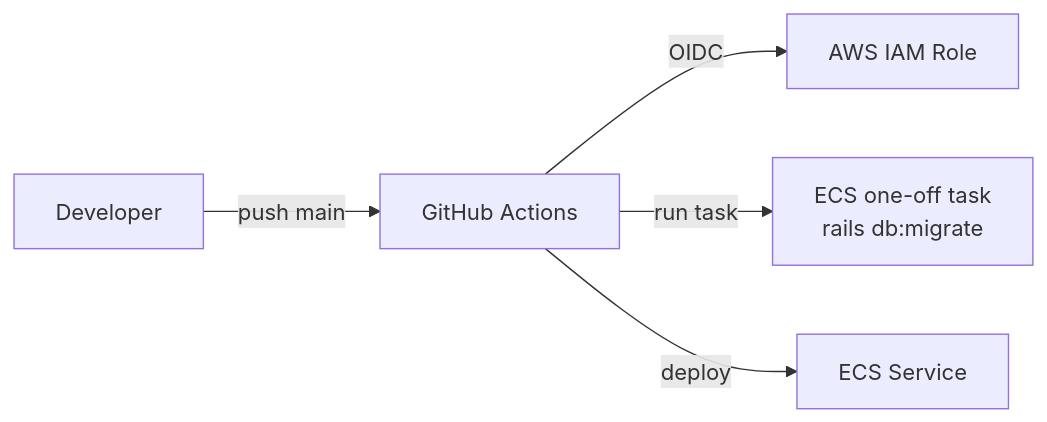
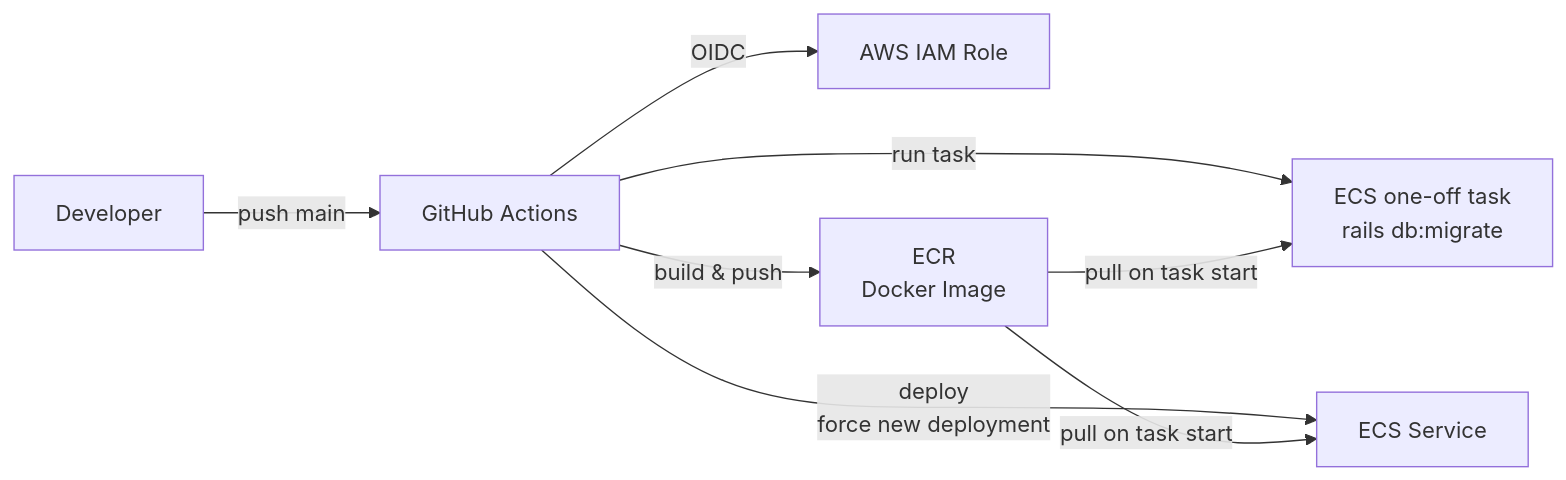
The second of 2 diagrams in README.md (junjun491/otayori_app), drawn with Mermaid before and after one commit. The commit also changed other lines of this file, not shown here.

````diff
--- a/README.md
+++ b/README.md
@@ -156,7 +156,15 @@
 ```mermaid
 flowchart LR
   Dev[Developer] -->|push main| GH[GitHub Actions]
+
   GH -->|OIDC| IAM[AWS IAM Role]
+
+  GH -->|build & push| ECR[ECR<br/>Docker Image]
+
   GH -->|run task| MIGRATE[ECS one-off task<br/>rails db:migrate]
-  GH -->|deploy| ECS[ECS Service]
+
+  GH -->|deploy<br/>force new deployment| ECS[ECS Service]
+
+  ECR -->|pull on task start| MIGRATE
+  ECR -->|pull on task start| ECS
 ```
````
